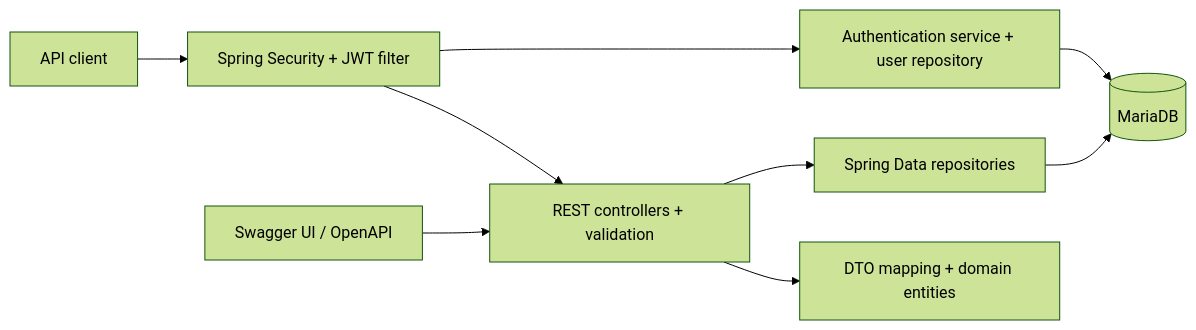
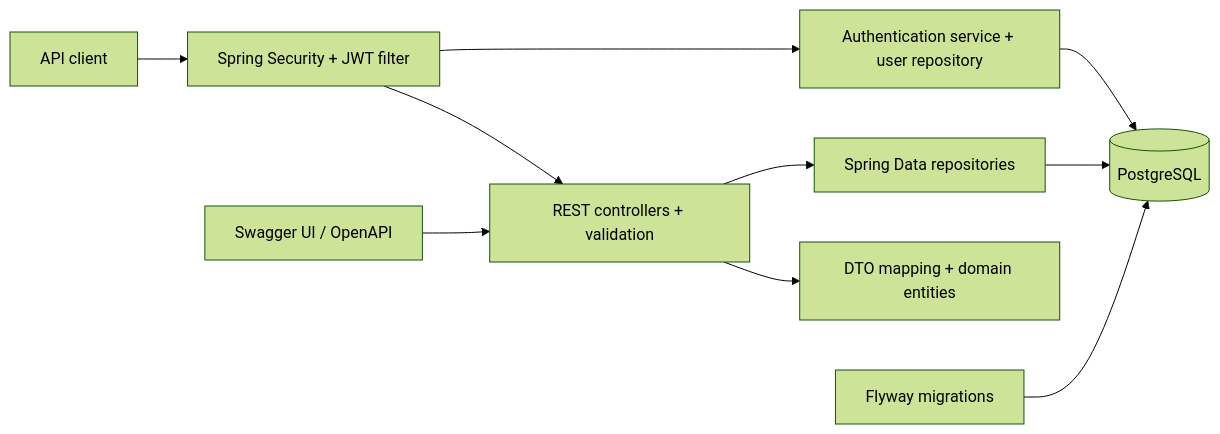
Before and after one commit to ricardoportoIE/resource-lending-api: the diagram in readme.md, drawn with Mermaid (forest theme). The commit also changed other lines of this file and 12 other files, not shown here.

Commit message:
feat: migrate persistence to PostgreSQL and Flyway

````diff
--- a/readme.md
+++ b/readme.md
@@ -46,11 +48,12 @@
 ```mermaid
 flowchart LR
     Client[API client] --> Security[Spring Security + JWT filter]
     Security --> Controllers[REST controllers + validation]
     Controllers --> Domain[DTO mapping + domain entities]
     Controllers --> Repositories[Spring Data repositories]
     Security --> Auth[Authentication service + user repository]
-    Repositories --> DB[(MariaDB)]
+    Repositories --> DB[(PostgreSQL)]
     Auth --> DB
+    Flyway[Flyway migrations] --> DB
     OpenAPI[Swagger UI / OpenAPI] --> Controllers
 ```
````
